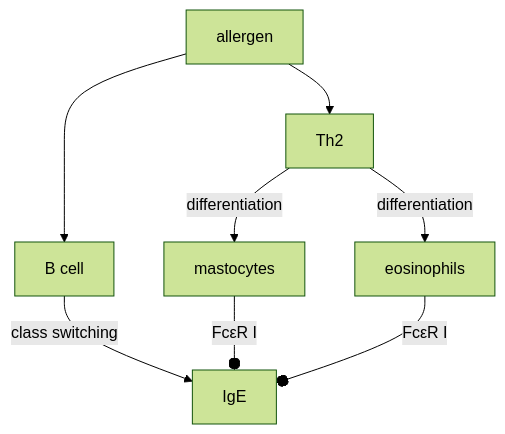
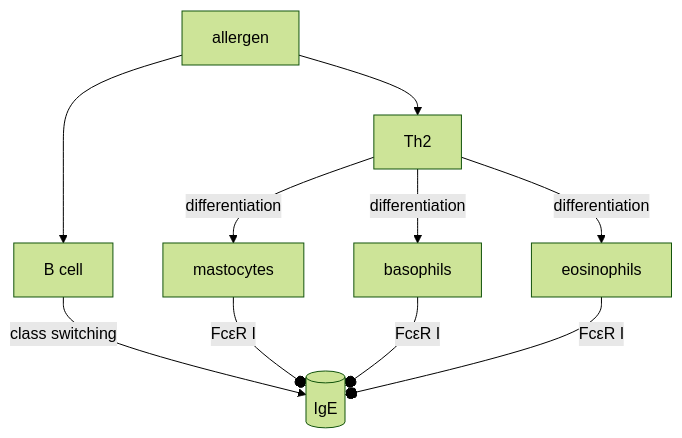
Diagram 12 of 12 in course/molecular-immunology/molecular-immunology.md (gxf1212/notes), drawn with Mermaid (forest theme) before and after one commit. The commit also changed other lines of this file and 6 other files, not shown here.

````diff
--- a/course/molecular-immunology/molecular-immunology.md
+++ b/course/molecular-immunology/molecular-immunology.md
@@ -2558,6 +2560,7 @@
 ```mermaid
 graph TB
-a[allergen] --> b[B cell] --class switching--> IgE
+a[allergen] --> b[B cell] --class switching--> IgE[(IgE)]
 a --> Th2 --differentiation--> mastocytes --FcεR I--o IgE
+Th2 --differentiation--> basophils --FcεR I--o IgE
 Th2 --differentiation--> eosinophils --FcεR I--o IgE
 ```
````
